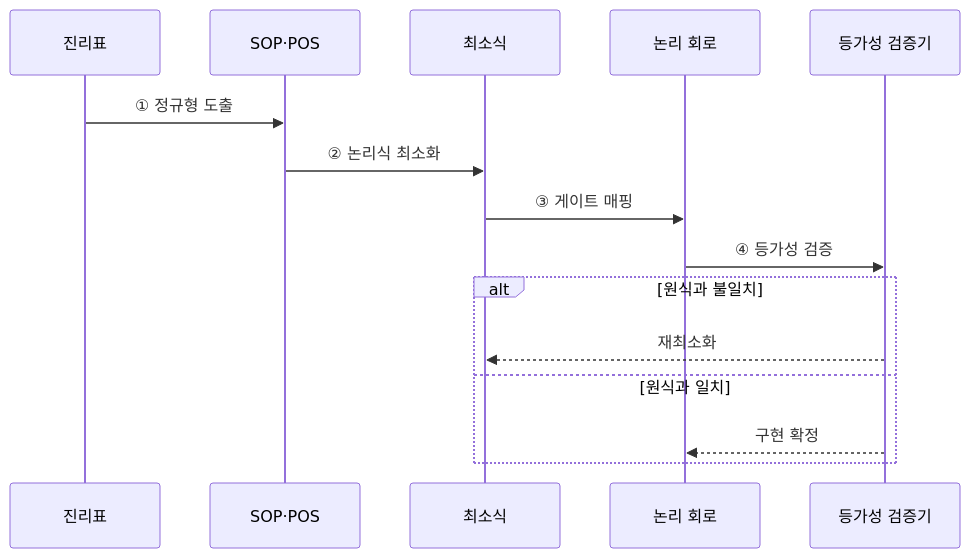
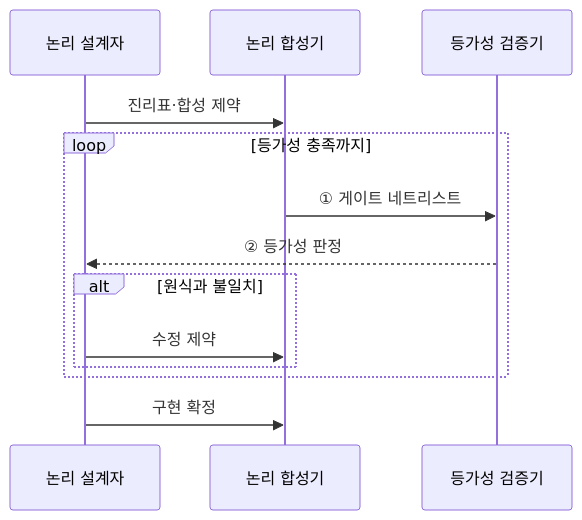
The second of 2 diagrams in src/content/docs/notes/01-basic-theory/025_logic_gates_boolean.md (agnusdei1207/knowledge-base), drawn with Mermaid before and after one commit. The commit also changed other lines of this file and 10 other files, not shown here.

````diff
--- a/src/content/docs/notes/01-basic-theory/025_logic_gates_boolean.md
+++ b/src/content/docs/notes/01-basic-theory/025_logic_gates_boolean.md
@@ -98,17 +91,15 @@
 ```mermaid
 sequenceDiagram
-    participant T as 진리표
-    participant C as SOP·POS
-    participant M as 최소식
-    participant G as 논리 회로
+    participant D as 논리 설계자
+    participant S as 논리 합성기
     participant V as 등가성 검증기
-    T->>C: ① 정규형 도출
-    C->>M: ② 논리식 최소화
-    M->>G: ③ 게이트 매핑
-    G->>V: ④ 등가성 검증
-    alt 원식과 불일치
-        V-->>M: 재최소화
-    else 원식과 일치
-        V-->>G: 구현 확정
+    D->>S: 진리표·합성 제약
+    loop 등가성 충족까지
+        S->>V: ① 게이트 네트리스트
+        V-->>D: ② 등가성 판정
+        alt 원식과 불일치
+            D->>S: 수정 제약
+        end
     end
+    D->>S: 구현 확정
 ```
````
